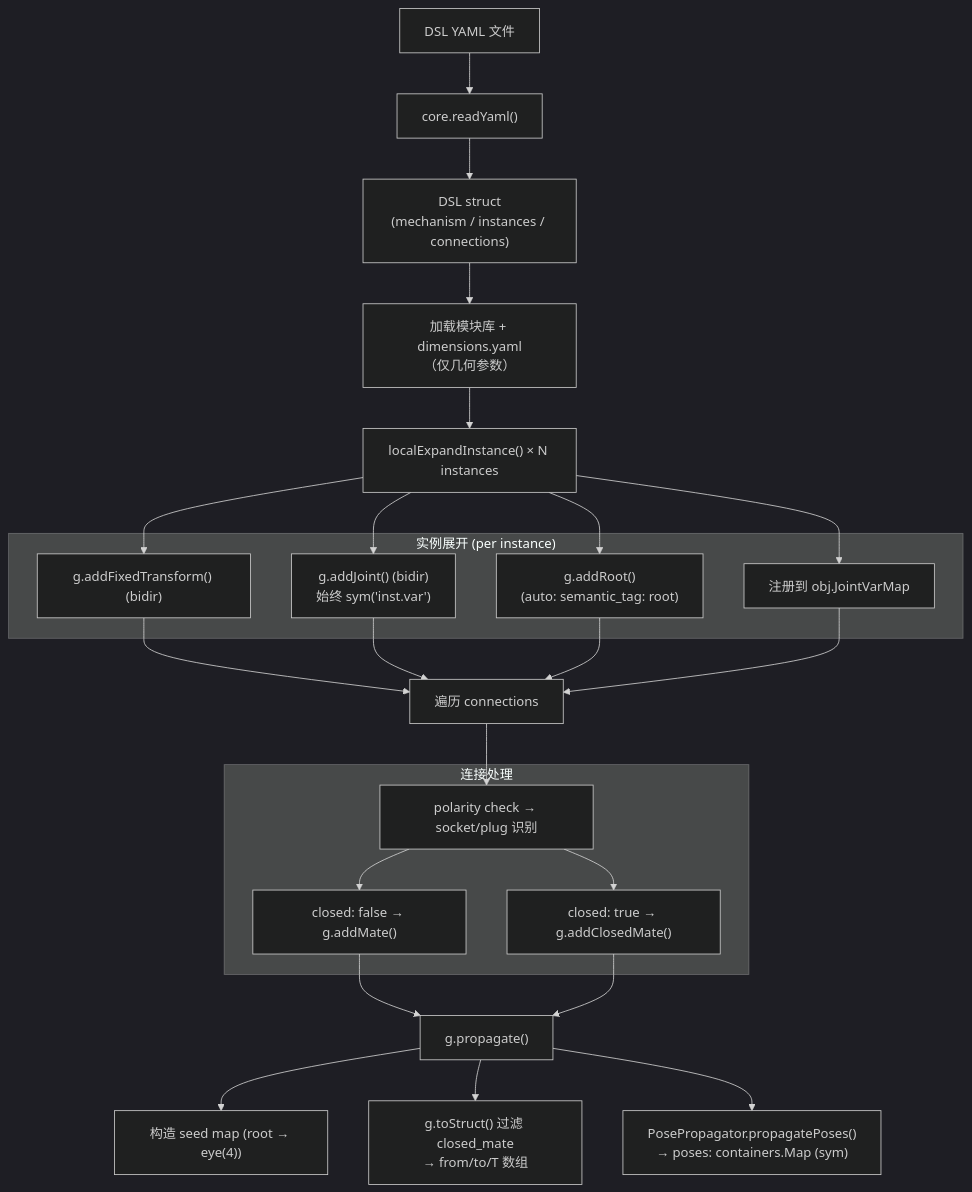
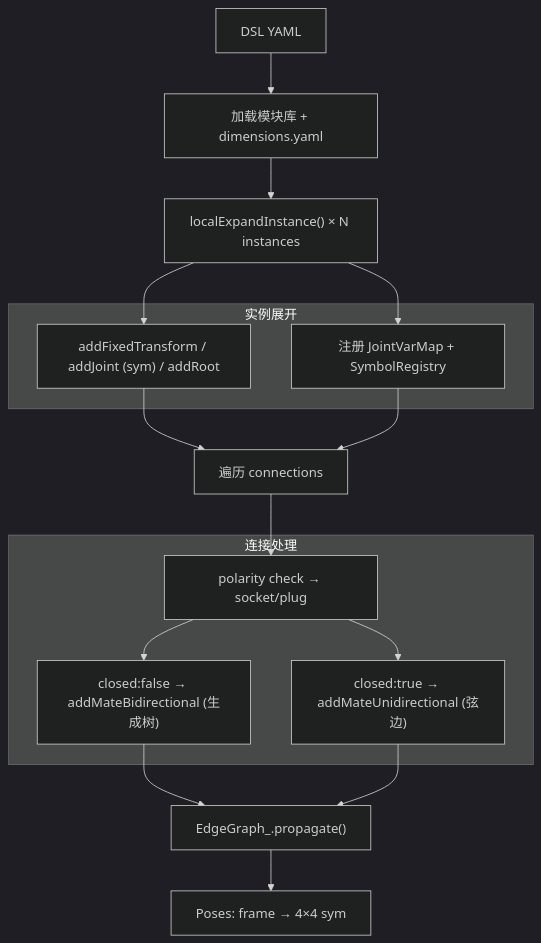
The third of 6 diagrams in scripts/matlab/ARCHITECTURE.md (Axiom117/symbolic-modular-kinematics), drawn with Mermaid (dark theme) before and after one commit. The commit also changed other lines of this file and 18 other files, not shown here.

````diff
--- a/scripts/matlab/ARCHITECTURE.md
+++ b/scripts/matlab/ARCHITECTURE.md
@@ -147,30 +124,21 @@
 ```mermaid
 flowchart TD
-    A["DSL YAML 文件"] --> B["core.readYaml()"]
-    B --> C["DSL struct<br/>(mechanism / instances / connections)"]
-    C --> D["加载模块库 + dimensions.yaml<br/>（仅几何参数）"]
-    D --> E["localExpandInstance() × N instances"]
-    subgraph expand["实例展开 (per instance)"]
-        E1["g.addFixedTransform() (bidir)"]
-        E2["g.addJoint() (bidir)<br/>始终 sym('inst.var')"]
-        E3["g.addRoot()<br/>(auto: semantic_tag: root)"]
-        E4["注册到 obj.JointVarMap"]
+    A["DSL YAML"] --> B["加载模块库 + dimensions.yaml"]
+    B --> C["localExpandInstance() × N instances"]
+    subgraph expand["实例展开"]
+        E1["addFixedTransform / addJoint (sym) / addRoot"]
+        E2["注册 JointVarMap + SymbolRegistry"]
     end
-    E --> E1
-    E --> E2
-    E --> E3
-    E --> E4
-    E1 & E2 & E3 & E4 --> F["遍历 connections"]
+    C --> E1
+    C --> E2
+    E1 & E2 --> F["遍历 connections"]
     subgraph conn["连接处理"]
-        F1["polarity check → socket/plug 识别"]
-        F2["closed: false → g.addMate()"]
-        F3["closed: true → g.addClosedMate()"]
+        F1["polarity check → socket/plug"]
+        F2["closed:false → addMateBidirectional (生成树)"]
+        F3["closed:true → addMateUnidirectional (弦边)"]
     end
-    F --> F1
-    F1 --> F2
+    F --> F1 --> F2
     F1 --> F3
-    F2 & F3 --> G["g.propagate()"]
-    G --> H1["构造 seed map (root → eye(4))"]
-    G --> H2["g.toStruct() 过滤 closed_mate<br/>→ from/to/T 数组"]
-    G --> H3["PosePropagator.propagatePoses()<br/>→ poses: containers.Map (sym)"]
+    F2 & F3 --> G["EdgeGraph_.propagate()"]
+    G --> H["Poses: frame → 4×4 sym"]
 ```
````
